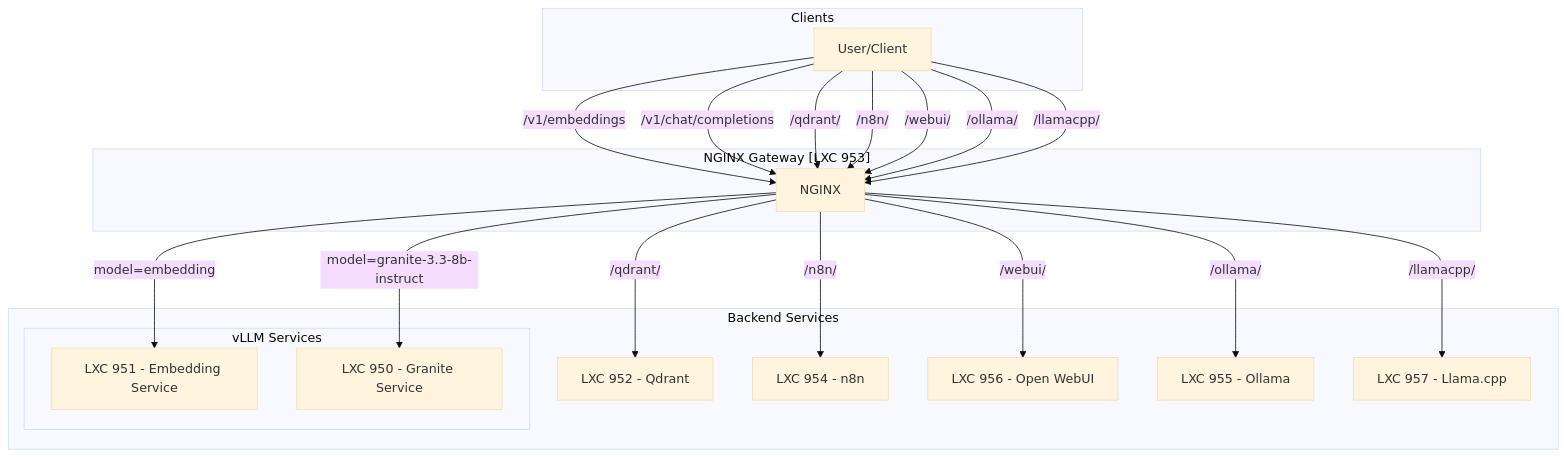
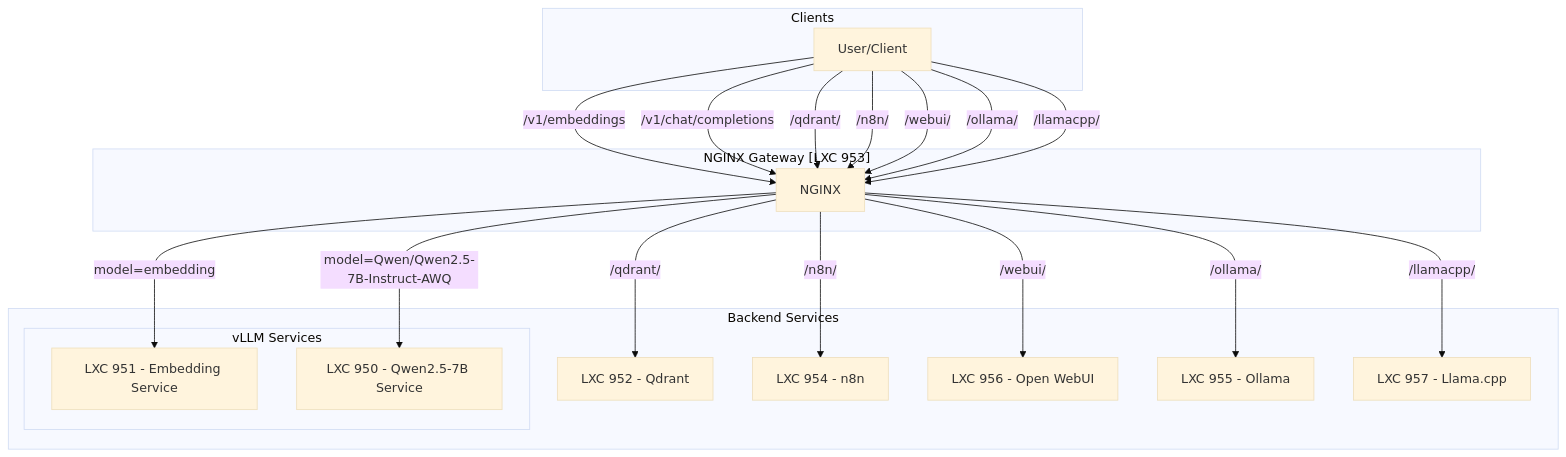
One commit to SirHeads/Testing-ideas changed the second of 2 diagrams in usr/local/phoenix_hypervisor/project_documents/shared_storage_and_nginx_archetecture_overview.md. Above: the diagram before and after it, drawn with Mermaid (base theme). The commit also changed 7 other files, not shown here.

````diff
--- a/usr/local/phoenix_hypervisor/project_documents/shared_storage_and_nginx_archetecture_overview.md
+++ b/usr/local/phoenix_hypervisor/project_documents/shared_storage_and_nginx_archetecture_overview.md
@@ -112,38 +112,38 @@
 ```mermaid
 graph TD
     subgraph Clients
         User[User/Client]
     end
 
     subgraph "NGINX Gateway [LXC 953]"
         NGINX
     end
 
     subgraph "Backend Services"
         subgraph "vLLM Services"
             Embedding["LXC 951 - Embedding Service"]
-            Granite["LXC 950 - Granite Service"]
+            Granite["LXC 950 - Qwen2.5-7B Service"]
         end
         Qdrant["LXC 952 - Qdrant"]
         N8N["LXC 954 - n8n"]
         WebUI["LXC 956 - Open WebUI"]
         Ollama["LXC 955 - Ollama"]
         LlamaCPP["LXC 957 - Llama.cpp"]
     end
 
     User -- "/v1/embeddings" --> NGINX
     User -- "/v1/chat/completions" --> NGINX
     User -- "/qdrant/" --> NGINX
     User -- "/n8n/" --> NGINX
     User -- "/webui/" --> NGINX
     User -- "/ollama/" --> NGINX
     User -- "/llamacpp/" --> NGINX
 
     NGINX -- "model=embedding" --> Embedding
-    NGINX -- "model=granite-3.3-8b-instruct" --> Granite
+    NGINX -- "model=Qwen/Qwen2.5-7B-Instruct-AWQ" --> Granite
     NGINX -- "/qdrant/" --> Qdrant
     NGINX -- "/n8n/" --> N8N
     NGINX -- "/webui/" --> WebUI
     NGINX -- "/ollama/" --> Ollama
     NGINX -- "/llamacpp/" --> LlamaCPP
 ```
````
